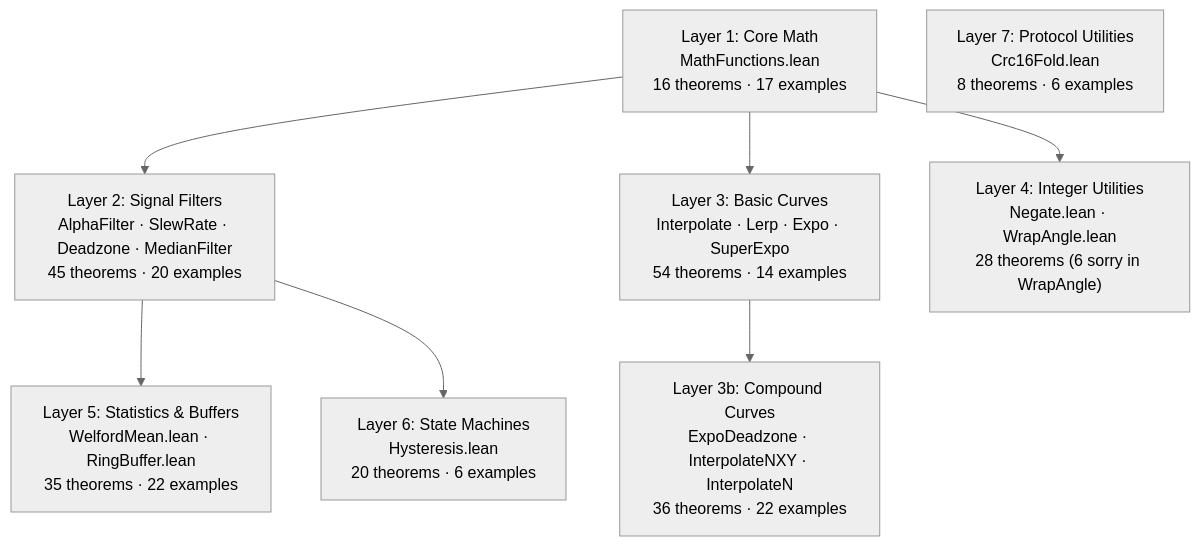
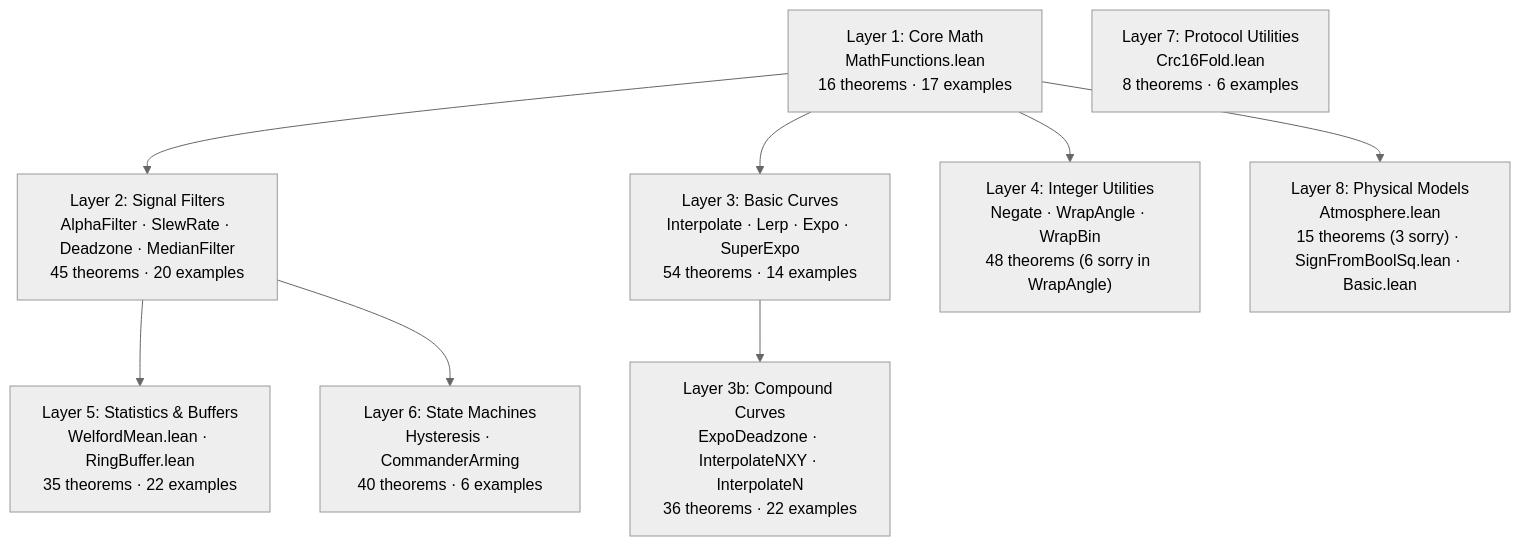
One commit to fsprojects/PX4-Autopilot changed the first of 14 diagrams in formal-verification/REPORT.md. Above: the diagram before and after it, drawn with Mermaid (neutral theme). The commit also changed other lines of this file and 2 other files, not shown here.

First line of the commit message:
feat(formal-verification): Task 5+10 — WrapBin proofs (20 thms, bug confirmed) + REPORT.md update (run 61)

````diff
--- a/formal-verification/REPORT.md
+++ b/formal-verification/REPORT.md
@@ -36,17 +39,19 @@
 ```mermaid
 graph TD
     L1["Layer 1: Core Math<br/>MathFunctions.lean<br/>16 theorems · 17 examples"]
     L2a["Layer 2: Signal Filters<br/>AlphaFilter · SlewRate · Deadzone · MedianFilter<br/>45 theorems · 20 examples"]
     L2b["Layer 3: Basic Curves<br/>Interpolate · Lerp · Expo · SuperExpo<br/>54 theorems · 14 examples"]
     L2c["Layer 3b: Compound Curves<br/>ExpoDeadzone · InterpolateNXY · InterpolateN<br/>36 theorems · 22 examples"]
-    L4["Layer 4: Integer Utilities<br/>Negate.lean · WrapAngle.lean<br/>28 theorems (6 sorry in WrapAngle)"]
+    L4["Layer 4: Integer Utilities<br/>Negate · WrapAngle · WrapBin<br/>48 theorems (6 sorry in WrapAngle)"]
     L5["Layer 5: Statistics & Buffers<br/>WelfordMean.lean · RingBuffer.lean<br/>35 theorems · 22 examples"]
-    L6["Layer 6: State Machines<br/>Hysteresis.lean<br/>20 theorems · 6 examples"]
+    L6["Layer 6: State Machines<br/>Hysteresis · CommanderArming<br/>40 theorems · 6 examples"]
     L7["Layer 7: Protocol Utilities<br/>Crc16Fold.lean<br/>8 theorems · 6 examples"]
+    L8["Layer 8: Physical Models<br/>Atmosphere.lean<br/>15 theorems (3 sorry) · SignFromBoolSq.lean · Basic.lean"]
     L1 --> L2a
     L1 --> L2b
     L2b --> L2c
     L1 --> L4
     L2a --> L5
     L2a --> L6
+    L1 --> L8
 ```
````
